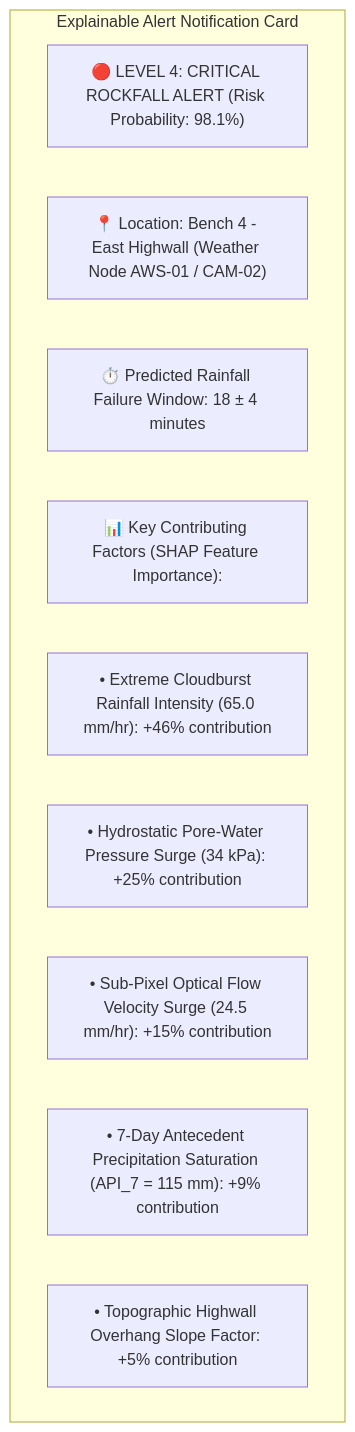
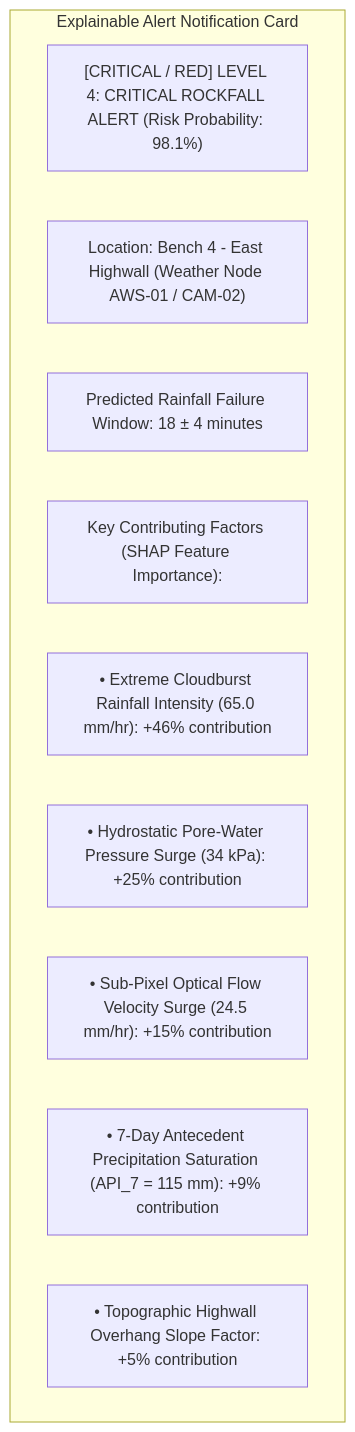
One commit to angelverman2021-a11y/Report changed the fifth of 7 diagrams in docs/17_Weather_Stations.md. Above: the diagram before and after it, drawn with Mermaid. The commit also changed other lines of this file and 32 other files, not shown here.

````diff
--- a/docs/17_Weather_Stations.md
+++ b/docs/17_Weather_Stations.md
@@ -291,14 +291,14 @@
 ```mermaid
 graph TD
-    subgraph Explainable Alert Notification Card
-        A["🔴 LEVEL 4: CRITICAL ROCKFALL ALERT (Risk Probability: 98.1%)"]
-        B["📍 Location: Bench 4 - East Highwall (Weather Node AWS-01 / CAM-02)"]
-        C["⏱️ Predicted Rainfall Failure Window: 18 ± 4 minutes"]
-        D["📊 Key Contributing Factors (SHAP Feature Importance):"]
-        D1["• Extreme Cloudburst Rainfall Intensity (65.0 mm/hr): +46% contribution"]
-        D2["• Hydrostatic Pore-Water Pressure Surge (34 kPa): +25% contribution"]
-        D3["• Sub-Pixel Optical Flow Velocity Surge (24.5 mm/hr): +15% contribution"]
-        D4["• 7-Day Antecedent Precipitation Saturation (API_7 = 115 mm): +9% contribution"]
-        D5["• Topographic Highwall Overhang Slope Factor: +5% contribution"]
-    end
+ subgraph Explainable Alert Notification Card
+ A["[CRITICAL / RED] LEVEL 4: CRITICAL ROCKFALL ALERT (Risk Probability: 98.1%)"]
+ B[" Location: Bench 4 - East Highwall (Weather Node AWS-01 / CAM-02)"]
+ C[" Predicted Rainfall Failure Window: 18 ± 4 minutes"]
+ D[" Key Contributing Factors (SHAP Feature Importance):"]
+ D1["• Extreme Cloudburst Rainfall Intensity (65.0 mm/hr): +46% contribution"]
+ D2["• Hydrostatic Pore-Water Pressure Surge (34 kPa): +25% contribution"]
+ D3["• Sub-Pixel Optical Flow Velocity Surge (24.5 mm/hr): +15% contribution"]
+ D4["• 7-Day Antecedent Precipitation Saturation (API_7 = 115 mm): +9% contribution"]
+ D5["• Topographic Highwall Overhang Slope Factor: +5% contribution"]
+ end
 ```
````
